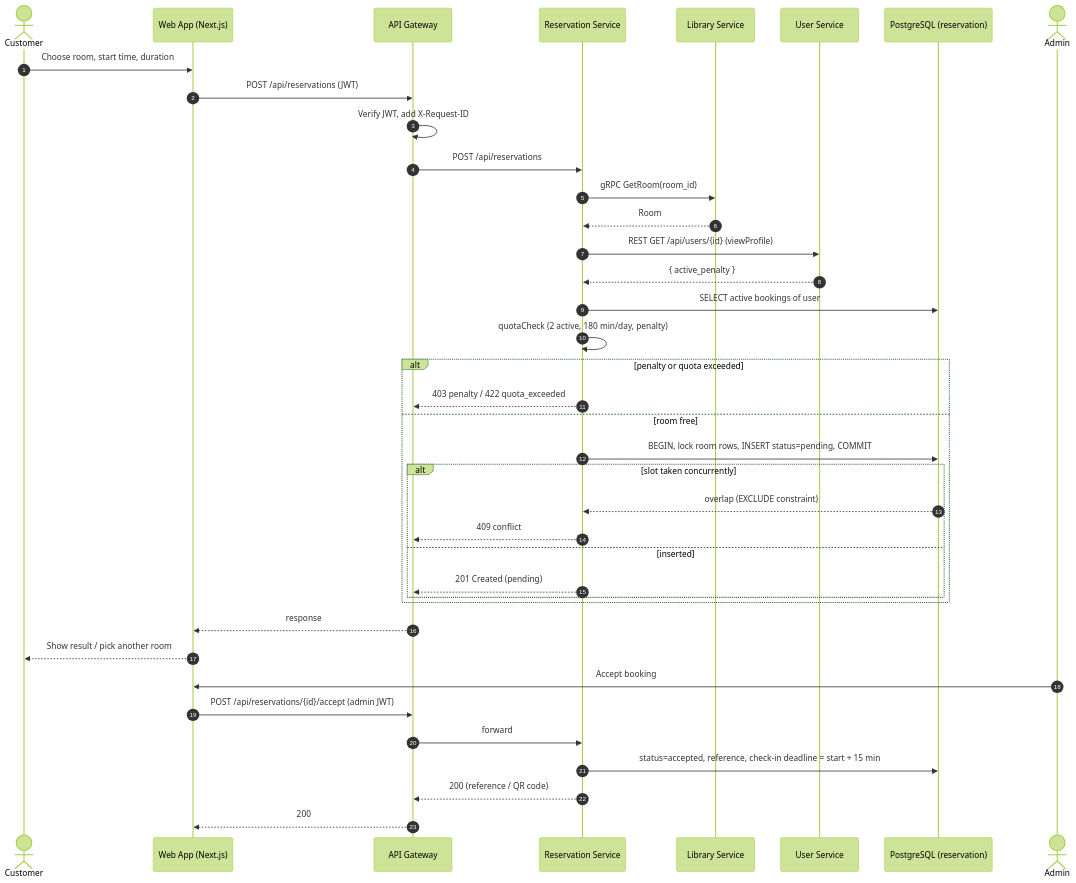
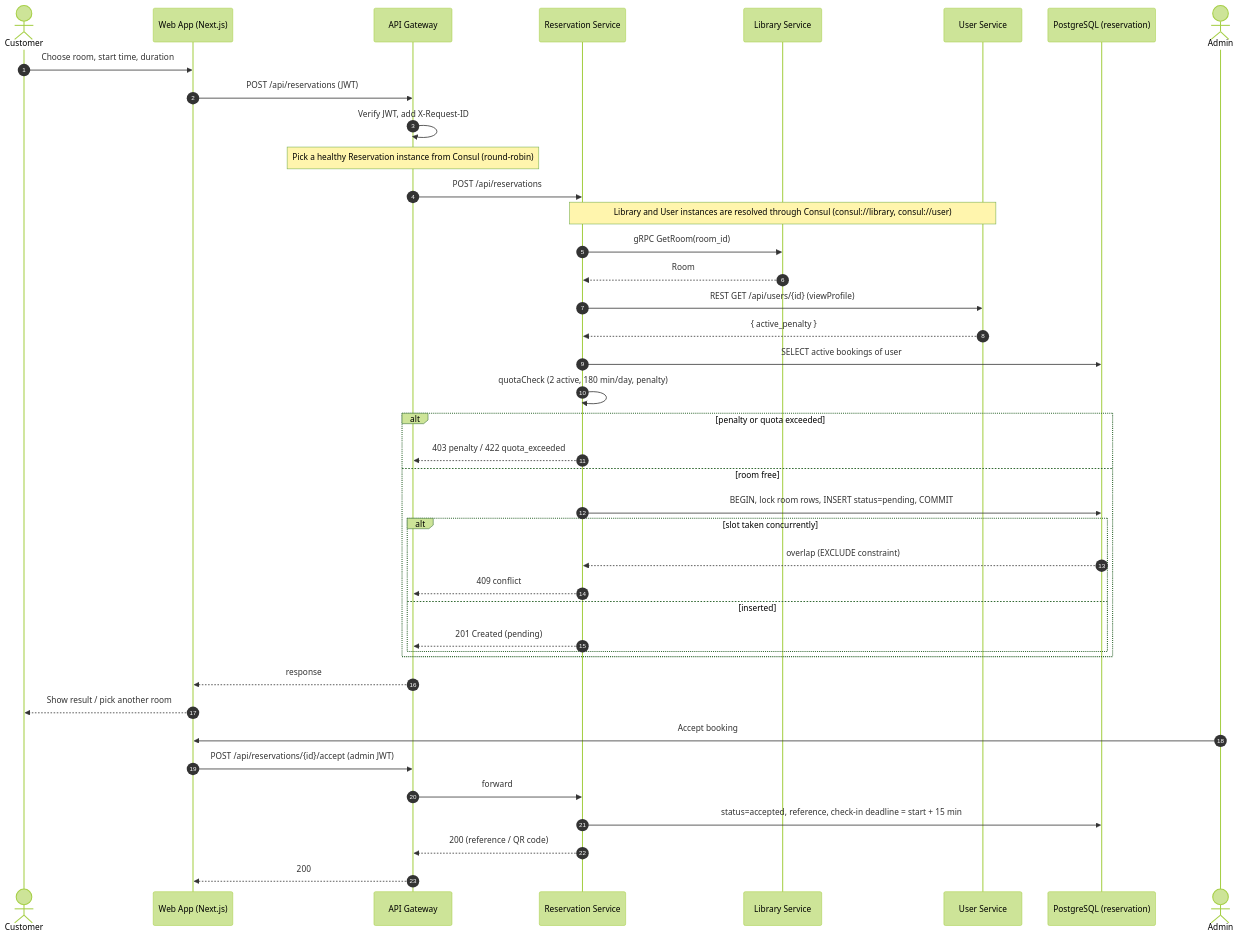
The diagram in docs/diagrams/seq-reserve-room.mmd (Mysterioucz/cu-seat-finder), drawn with Mermaid (forest theme) before and after one commit. The commit also changed 6 other files, not shown here.

First line of the commit message:
docs: add Consul registry to C4 and sequence diagrams

```diff
--- a/docs/diagrams/seq-reserve-room.mmd
+++ b/docs/diagrams/seq-reserve-room.mmd
@@ -1,42 +1,44 @@
 %% UC-02 Reserve Meeting Room, then admin accepts
 sequenceDiagram
     autonumber
     actor C as Customer
     participant W as Web App (Next.js)
     participant G as API Gateway
     participant R as Reservation Service
     participant L as Library Service
     participant U as User Service
     participant DB as PostgreSQL (reservation)
     actor A as Admin
 
     C->>W: Choose room, start time, duration
     W->>G: POST /api/reservations (JWT)
     G->>G: Verify JWT, add X-Request-ID
+    Note over G: Pick a healthy Reservation instance from Consul (round-robin)
     G->>R: POST /api/reservations
+    Note over R,U: Library and User instances are resolved through Consul (consul://library, consul://user)
     R->>L: gRPC GetRoom(room_id)
     L-->>R: Room
     R->>U: REST GET /api/users/{id} (viewProfile)
     U-->>R: { active_penalty }
     R->>DB: SELECT active bookings of user
     R->>R: quotaCheck (2 active, 180 min/day, penalty)
     alt penalty or quota exceeded
         R-->>G: 403 penalty / 422 quota_exceeded
     else room free
         R->>DB: BEGIN, lock room rows, INSERT status=pending, COMMIT
         alt slot taken concurrently
             DB-->>R: overlap (EXCLUDE constraint)
             R-->>G: 409 conflict
         else inserted
             R-->>G: 201 Created (pending)
         end
     end
     G-->>W: response
     W-->>C: Show result / pick another room
 
     A->>W: Accept booking
     W->>G: POST /api/reservations/{id}/accept (admin JWT)
     G->>R: forward
     R->>DB: status=accepted, reference, check-in deadline = start + 15 min
     R-->>G: 200 (reference / QR code)
     G-->>W: 200
```
